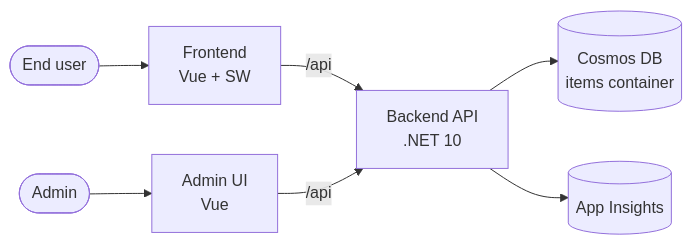
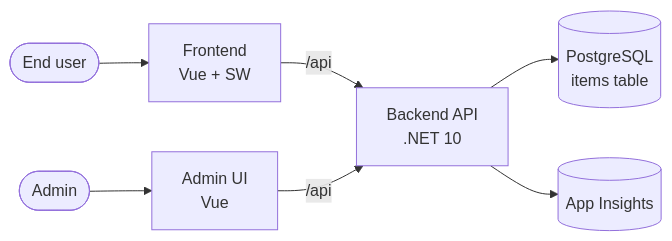
Before and after one commit to jpoley/template: the diagram in docs/design.md, drawn with Mermaid. The commit also changed other lines of this file and 38 other files, not shown here.

````diff
--- a/docs/design.md
+++ b/docs/design.md
@@ -5,9 +5,9 @@
 ```mermaid
 flowchart LR
   User([End user]) --> FE[Frontend<br/>Vue + SW]
   Admin([Admin]) --> AdminUI[Admin UI<br/>Vue]
   FE -->|/api| API[Backend API<br/>.NET 10]
   AdminUI -->|/api| API
-  API --> Cosmos[(Cosmos DB<br/>items container)]
+  API --> PG[(PostgreSQL<br/>items table)]
   API --> Logs[(App Insights)]
 ```
````
